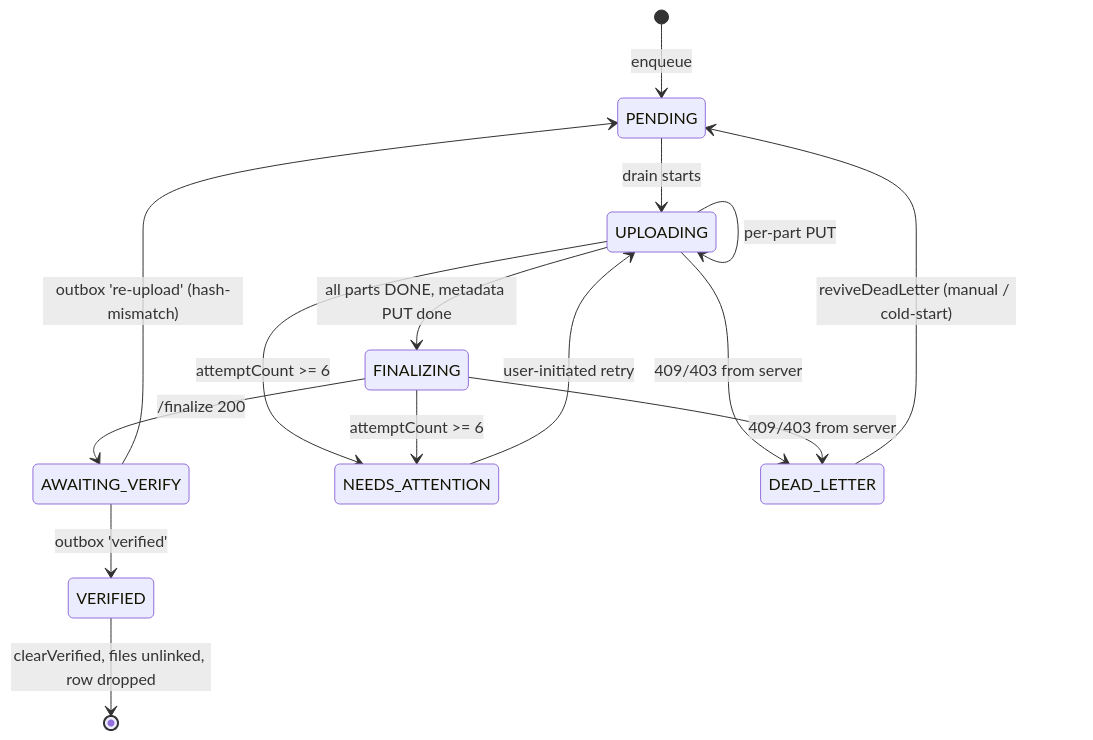
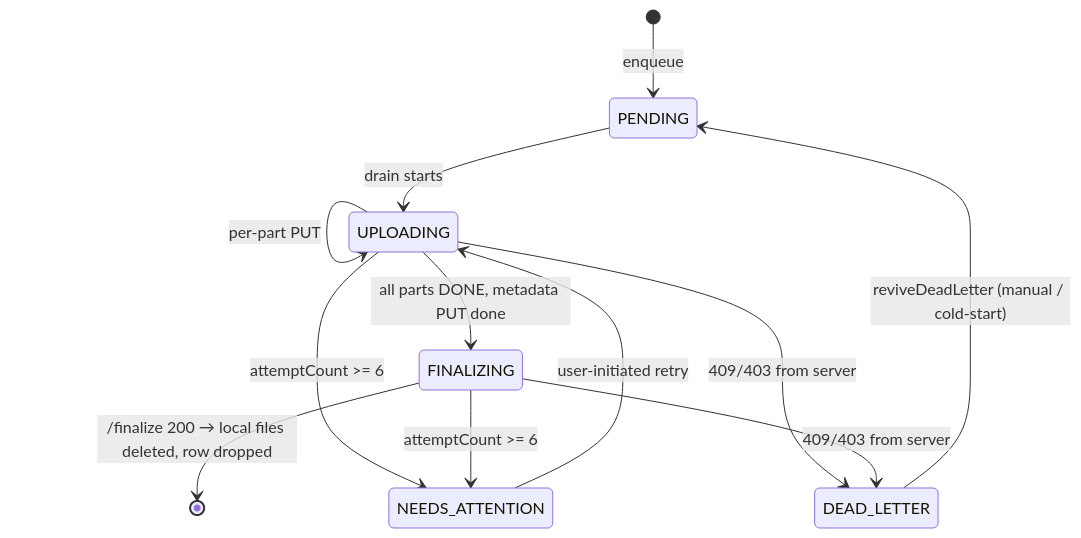
One commit to adnaanmhd/hl-homelander changed the third of 4 diagrams in UPLOAD-PIPELINE.md. Above: the diagram before and after it, drawn with Mermaid. The commit also changed other lines of this file and 160 other files, not shown here.

````diff
--- a/UPLOAD-PIPELINE.md
+++ b/UPLOAD-PIPELINE.md
@@ -1015,17 +787,14 @@
 ```mermaid
 stateDiagram-v2
     [*] --> PENDING: enqueue
     PENDING --> UPLOADING: drain starts
     UPLOADING --> UPLOADING: per-part PUT
     UPLOADING --> FINALIZING: all parts DONE, metadata PUT done
-    FINALIZING --> AWAITING_VERIFY: /finalize 200
-    AWAITING_VERIFY --> VERIFIED: outbox 'verified'
-    AWAITING_VERIFY --> PENDING: outbox 're-upload' (hash-mismatch)
+    FINALIZING --> [*]: /finalize 200 → local files deleted, row dropped
     UPLOADING --> NEEDS_ATTENTION: attemptCount >= 6
     FINALIZING --> NEEDS_ATTENTION: attemptCount >= 6
     NEEDS_ATTENTION --> UPLOADING: user-initiated retry
     UPLOADING --> DEAD_LETTER: 409/403 from server
     FINALIZING --> DEAD_LETTER: 409/403 from server
     DEAD_LETTER --> PENDING: reviveDeadLetter (manual / cold-start)
-    VERIFIED --> [*]: clearVerified, files unlinked, row dropped
 ```
````
